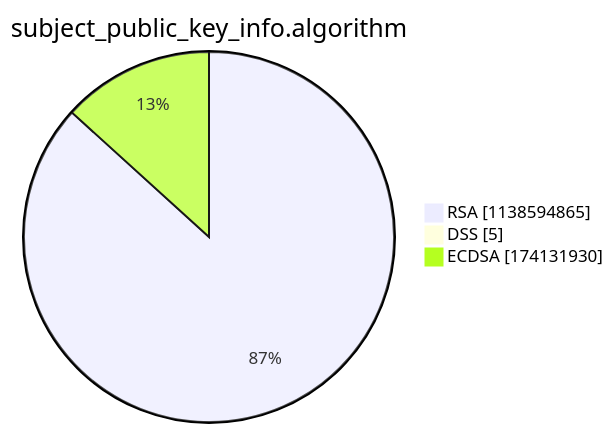
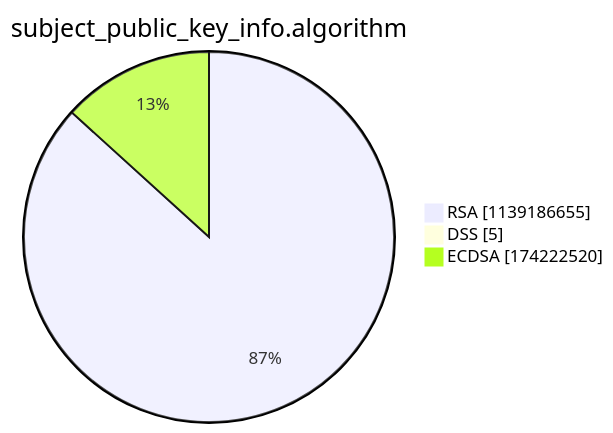
Before and after one commit to christiankrug/ctmonitor_visualization: the third of 15 diagrams in argon2022/README.md, drawn with Mermaid. The commit also changed other lines of this file, not shown here.

````diff
--- a/argon2022/README.md
+++ b/argon2022/README.md
@@ -14,7 +14,7 @@
 ```mermaid
 pie showData
 title subject_public_key_info.algorithm
-"RSA" :1138594865
+"RSA" :1139186655
 "DSS" :5
-"ECDSA" :174131930
+"ECDSA" :174222520
 ```
````
